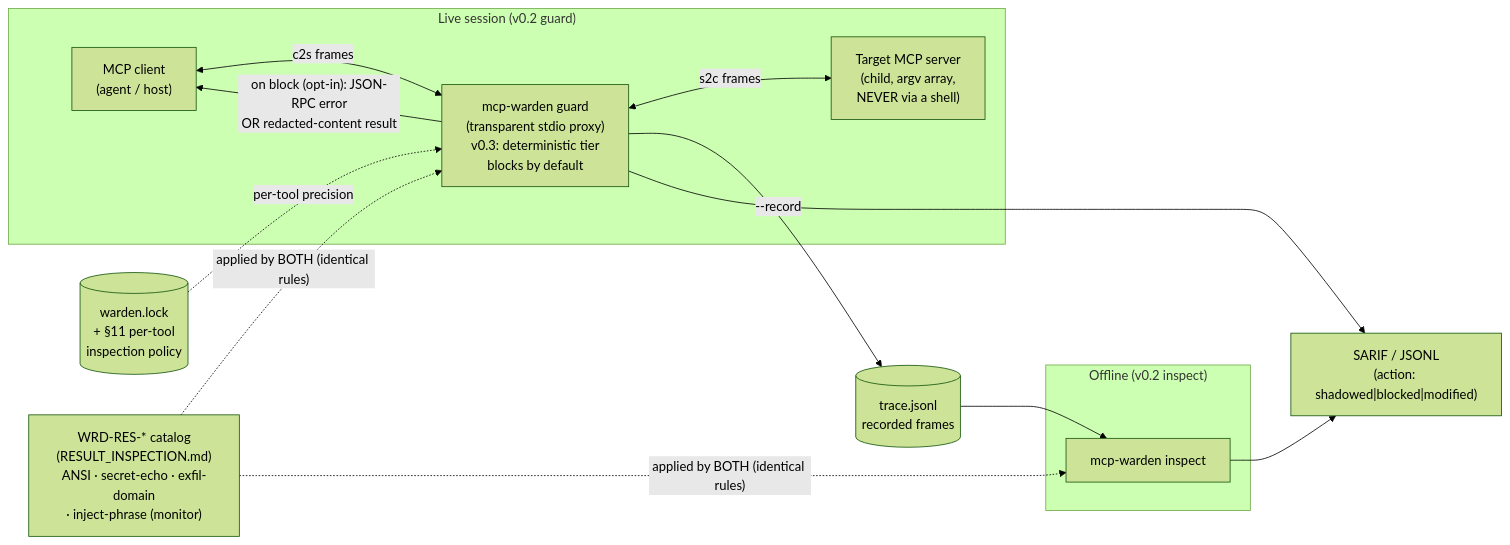
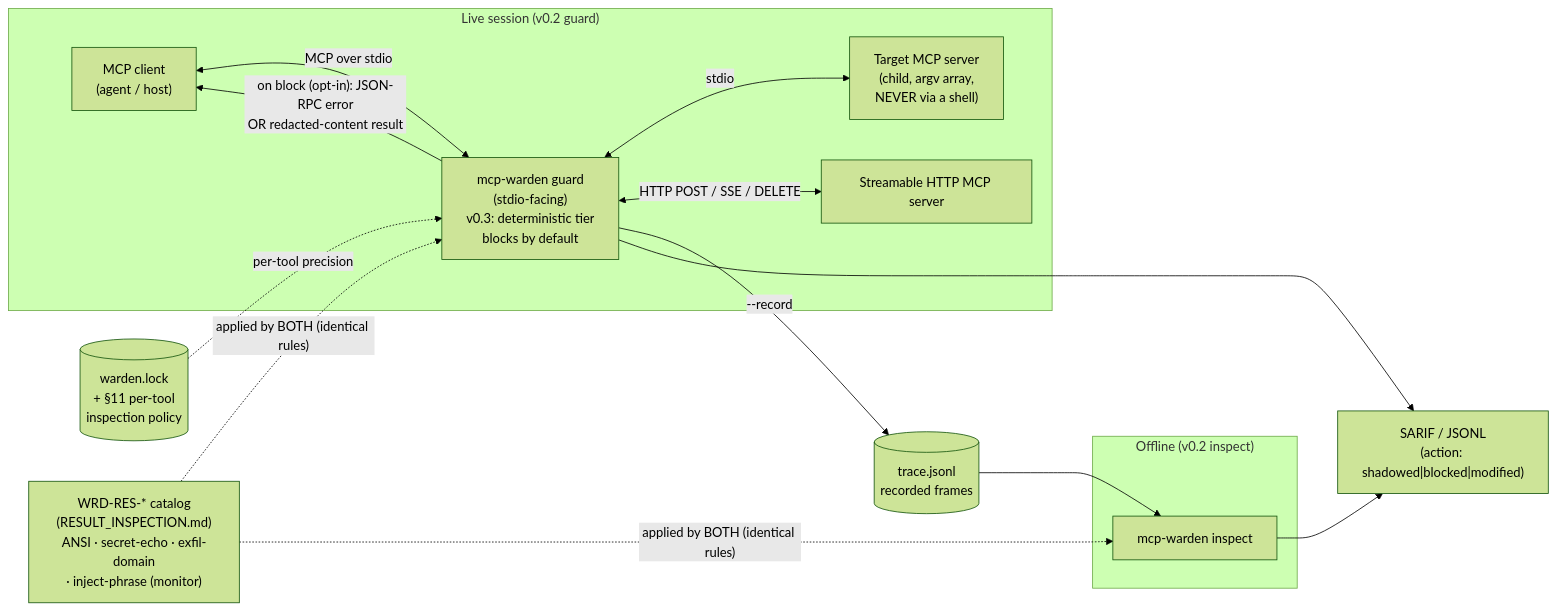
One commit to DataScience-EngineeringExperts/mcp-warden changed the fourth of 5 diagrams in SYSTEM_CONTEXT_DIAGRAM.md. Above: the diagram before and after it, drawn with Mermaid (forest theme). The commit also changed other lines of this file and 18 other files, not shown here.

First line of the commit message:
Add Streamable HTTP runtime guard mediation (DSE-1077) (#139)

````diff
--- a/SYSTEM_CONTEXT_DIAGRAM.md
+++ b/SYSTEM_CONTEXT_DIAGRAM.md
@@ -266,29 +266,31 @@
 ```mermaid
 flowchart LR
     subgraph live["Live session (v0.2 guard)"]
         client["MCP client\n(agent / host)"]
-        guard["mcp-warden guard\n(transparent stdio proxy)\nv0.3: deterministic tier\nblocks by default"]
+        guard["mcp-warden guard\n(stdio-facing)\nv0.3: deterministic tier\nblocks by default"]
         server2["Target MCP server\n(child, argv array,\nNEVER via a shell)"]
-        client <-- "c2s frames" --> guard
-        guard <-- "s2c frames" --> server2
+        httpServer["Streamable HTTP MCP server"]
+        client <-- "MCP over stdio" --> guard
+        guard <-- "stdio" --> server2
+        guard <-- "HTTP POST / SSE / DELETE" --> httpServer
     end
 
     lock[("warden.lock\n+ §11 per-tool\ninspection policy")]
     cat["WRD-RES-* catalog\n(RESULT_INSPECTION.md)\nANSI · secret-echo · exfil-domain\n· inject-phrase (monitor)"]
     trace[("trace.jsonl\nrecorded frames")]
 
     subgraph offline["Offline (v0.2 inspect)"]
         inspect["mcp-warden inspect"]
     end
 
     lock -. "per-tool precision" .-> guard
     cat -. "applied by BOTH (identical rules)" .-> guard
     cat -. "applied by BOTH (identical rules)" .-> inspect
     guard -- "--record" --> trace
     trace --> inspect
 
     guard --> sarif2["SARIF / JSONL\n(action: shadowed|blocked|modified)"]
     inspect --> sarif2
 
     guard -- "on block (opt-in): JSON-RPC error\nOR redacted-content result" --> client
 ```
````
